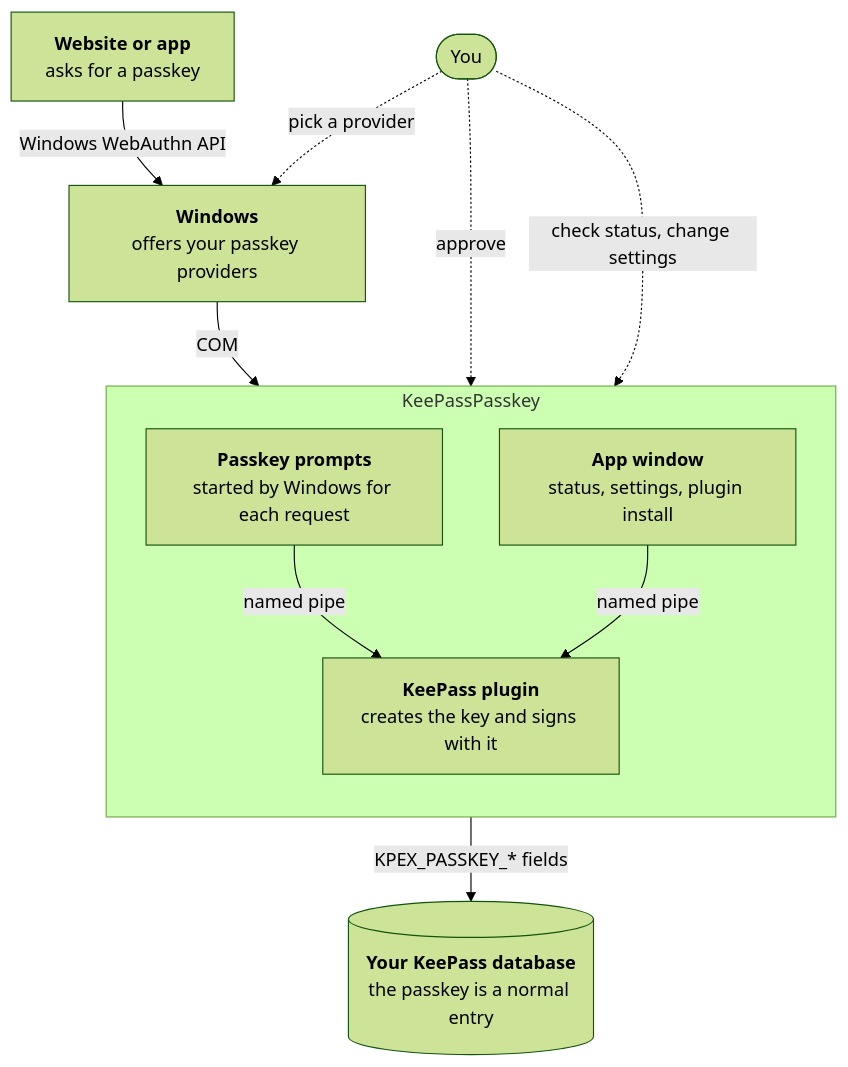
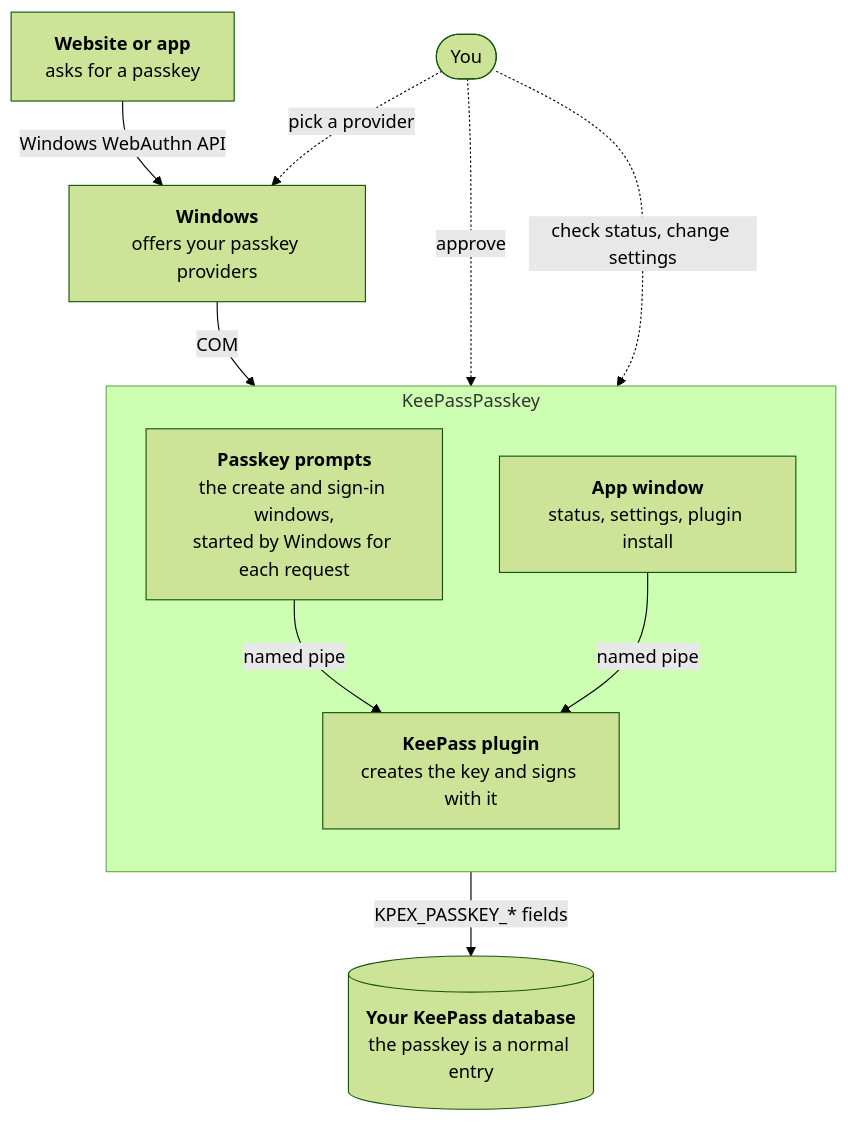
One commit to yusei36/KeePassPasskey changed the diagram in README.md. Above: the diagram before and after it, drawn with Mermaid (forest theme).

Commit message:
say which prompts the diagram box means

````diff
--- a/README.md
+++ b/README.md
@@ -20,25 +20,25 @@
 ```mermaid
 flowchart TB
     You(["You"])
     Site["<b>Website or app</b><br/>asks for a passkey"]
     Win["<b>Windows</b><br/>offers your passkey providers"]
 
     subgraph KPP ["KeePassPasskey"]
         direction TB
-        Prompt["<b>Passkey prompts</b><br/>started by Windows for each request"]
+        Prompt["<b>Passkey prompts</b><br/>the create and sign-in windows,<br/>started by Windows for each request"]
         UI["<b>App window</b><br/>status, settings, plugin install"]
         Plug["<b>KeePass plugin</b><br/>creates the key and signs with it"]
     end
 
     DB[("<b>Your KeePass database</b><br/>the passkey is a normal entry")]
 
     Site -->|Windows WebAuthn API| Win
     Win -->|COM| Prompt
     Prompt -->|named pipe| Plug
     UI -->|named pipe| Plug
     Plug -->|KPEX_PASSKEY_* fields| DB
 
     You -.->|"pick a provider"| Win
     You -.->|"approve"| Prompt
     You -.->|"check status, change settings"| UI
 ```
````
